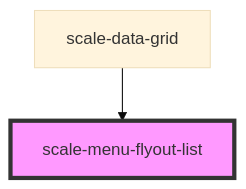
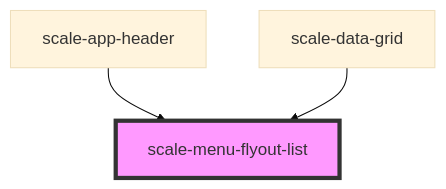
One commit to telekom/scale changed the diagram in packages/components/src/components/menu-flyout-list/readme.md. Above: the diagram before and after it, drawn with Mermaid (base theme). The commit also changed other lines of this file and 32 other files, not shown here.

Commit message:
feat(header): user menu

````diff
--- a/packages/components/src/components/menu-flyout-list/readme.md
+++ b/packages/components/src/components/menu-flyout-list/readme.md
@@ -77,5 +78,6 @@
 ```mermaid
 graph TD;
+  scale-app-header --> scale-menu-flyout-list
   scale-data-grid --> scale-menu-flyout-list
   style scale-menu-flyout-list fill:#f9f,stroke:#333,stroke-width:4px
 ```
````
